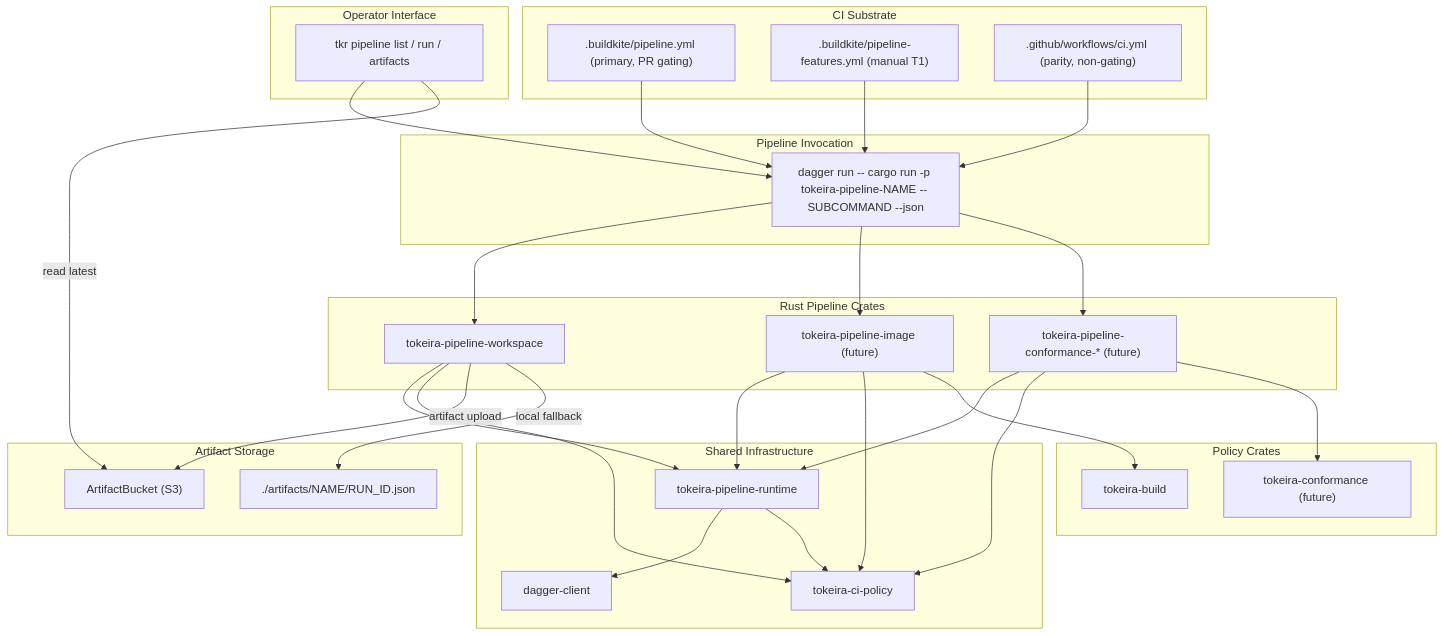
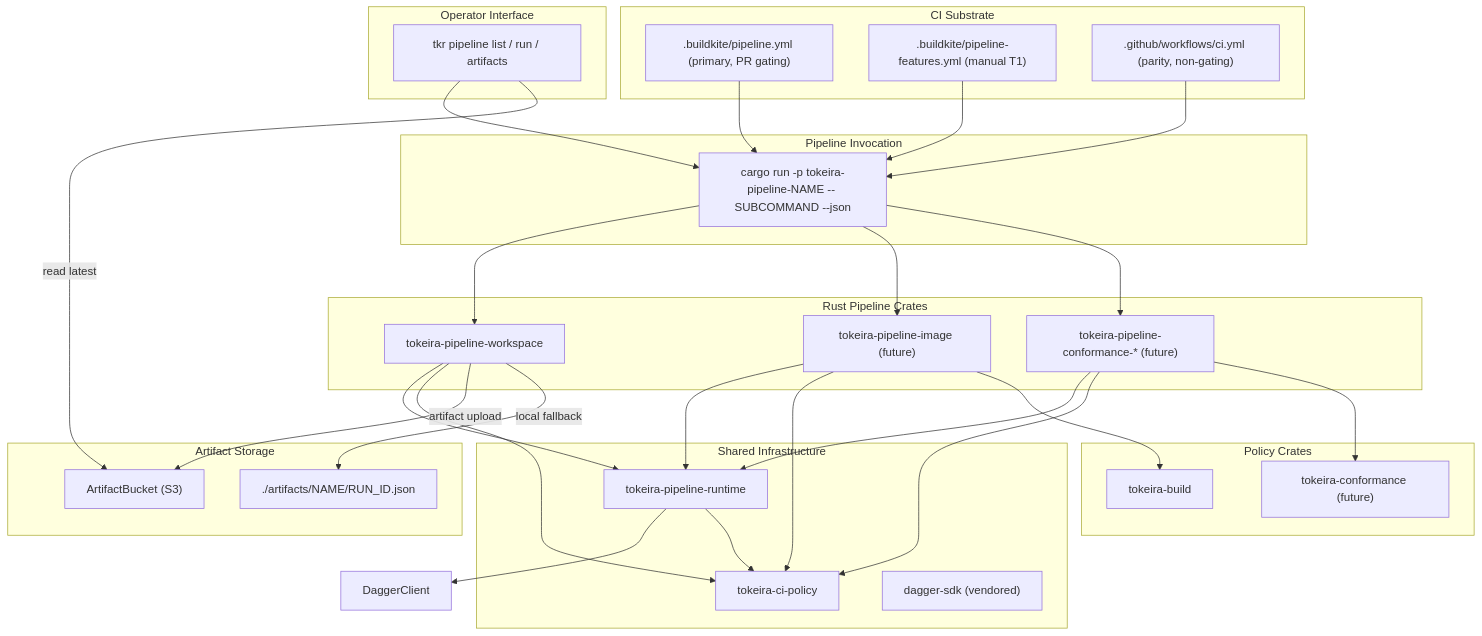
The diagram in .kiro/specs/pipeline-foundation/design.md (tokeira/tokeira), drawn with Mermaid before and after one commit. The commit also changed other lines of this file and 13 other files, not shown here.

````diff
--- a/.kiro/specs/pipeline-foundation/design.md
+++ b/.kiro/specs/pipeline-foundation/design.md
@@ -26,63 +26,63 @@
 ```mermaid
 graph TD
     subgraph "CI Substrate"
       BK[".buildkite/pipeline.yml (primary, PR gating)"]
       BKFeat[".buildkite/pipeline-features.yml (manual T1)"]
       GHA[".github/workflows/ci.yml (parity, non-gating)"]
     end
 
     subgraph "Pipeline Invocation"
-      DaggerRun["dagger run -- cargo run -p tokeira-pipeline-NAME -- SUBCOMMAND --json"]
+      DaggerRun["cargo run -p tokeira-pipeline-NAME -- SUBCOMMAND --json"]
     end
 
     subgraph "Rust Pipeline Crates"
       Workspace["tokeira-pipeline-workspace"]
       Image["tokeira-pipeline-image (future)"]
       Conf["tokeira-pipeline-conformance-* (future)"]
     end
 
     subgraph "Shared Infrastructure"
       Runtime["tokeira-pipeline-runtime"]
       Policy["tokeira-ci-policy"]
-      DaggerClient["dagger-client"]
+      DaggerSdk["dagger-sdk (vendored)"]
     end
 
     subgraph "Policy Crates"
       Build["tokeira-build"]
       ConfPolicy["tokeira-conformance (future)"]
     end
 
     subgraph "Artifact Storage"
       S3["ArtifactBucket (S3)"]
       LocalDir["./artifacts/NAME/RUN_ID.json"]
     end
 
     subgraph "Operator Interface"
       Tkr["tkr pipeline list / run / artifacts"]
     end
 
     BK --> DaggerRun
     BKFeat --> DaggerRun
     GHA --> DaggerRun
     Tkr --> DaggerRun
     DaggerRun --> Workspace
     DaggerRun --> Image
     DaggerRun --> Conf
 
     Workspace --> Runtime
     Image --> Runtime
     Conf --> Runtime
 
     Workspace --> Policy
     Image --> Policy
     Image --> Build
     Conf --> Policy
     Conf --> ConfPolicy
 
     Runtime --> DaggerClient
     Runtime --> Policy
 
     Workspace -->|"artifact upload"| S3
     Workspace -->|"local fallback"| LocalDir
     Tkr -->|"read latest"| S3
 ```
````
